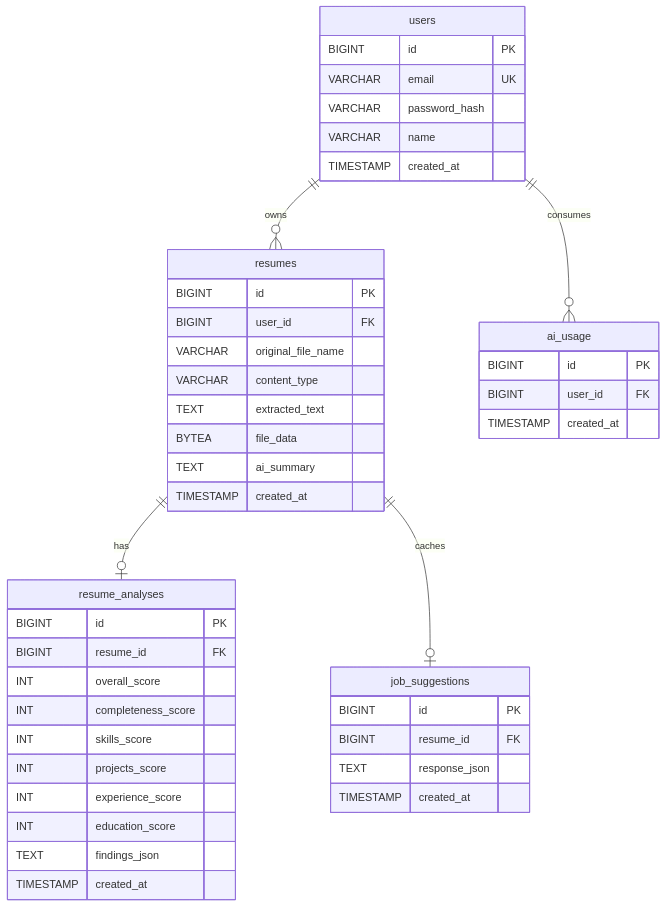
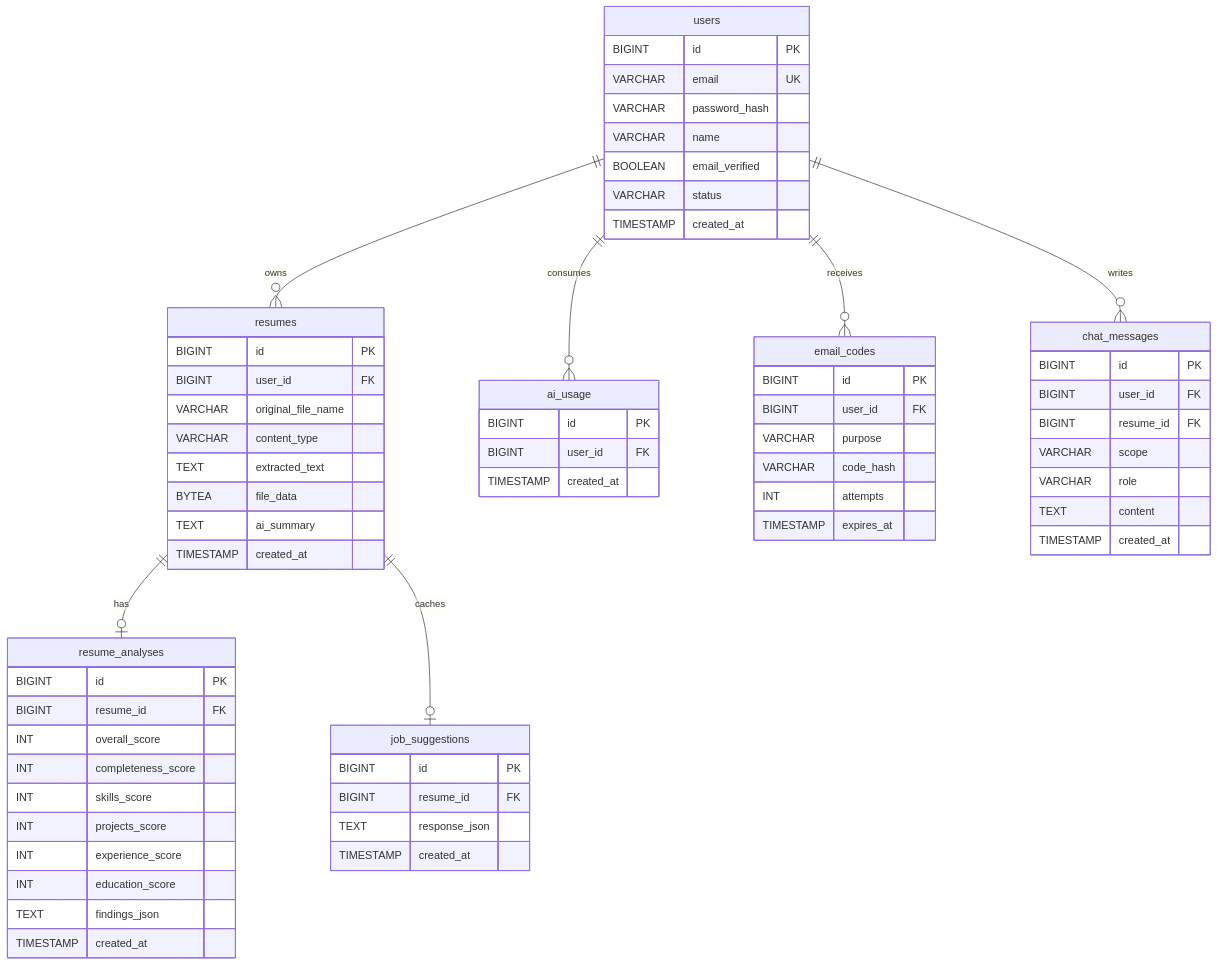
One commit to shalinchristian/Resqora changed the third of 3 diagrams in README.md. Above: the diagram before and after it, drawn with Mermaid. The commit also changed other lines of this file and 1 other file, not shown here.

````diff
--- a/README.md
+++ b/README.md
@@ -126,48 +129,69 @@
 ```mermaid
 erDiagram
     users ||--o{ resumes : owns
     users ||--o{ ai_usage : consumes
+    users ||--o{ email_codes : receives
+    users ||--o{ chat_messages : writes
     resumes ||--o| resume_analyses : has
     resumes ||--o| job_suggestions : caches
 
     users {
         BIGINT id PK
         VARCHAR email UK
         VARCHAR password_hash
         VARCHAR name
+        BOOLEAN email_verified
+        VARCHAR status
         TIMESTAMP created_at
     }
     resumes {
         BIGINT id PK
         BIGINT user_id FK
         VARCHAR original_file_name
         VARCHAR content_type
         TEXT extracted_text
         BYTEA file_data
         TEXT ai_summary
         TIMESTAMP created_at
     }
     resume_analyses {
         BIGINT id PK
         BIGINT resume_id FK
         INT overall_score
         INT completeness_score
         INT skills_score
         INT projects_score
         INT experience_score
         INT education_score
         TEXT findings_json
         TIMESTAMP created_at
     }
     ai_usage {
         BIGINT id PK
         BIGINT user_id FK
         TIMESTAMP created_at
     }
     job_suggestions {
         BIGINT id PK
         BIGINT resume_id FK
         TEXT response_json
         TIMESTAMP created_at
     }
+    email_codes {
+        BIGINT id PK
+        BIGINT user_id FK
+        VARCHAR purpose
+        VARCHAR code_hash
+        INT attempts
+        TIMESTAMP expires_at
+    }
+    chat_messages {
+        BIGINT id PK
+        BIGINT user_id FK
+        BIGINT resume_id FK
+        VARCHAR scope
+        VARCHAR role
+        TEXT content
+        TIMESTAMP created_at
+    }
 ```
````
